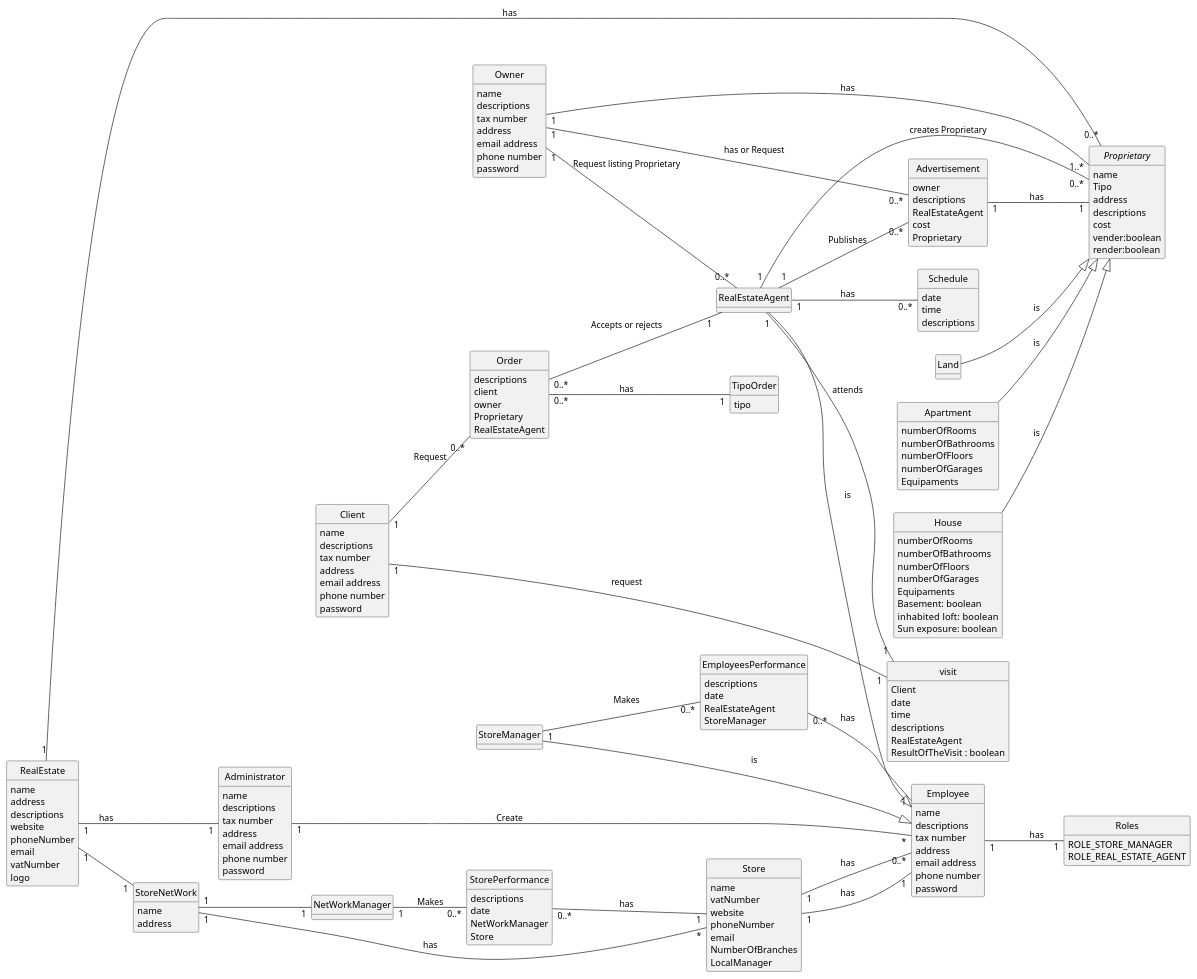
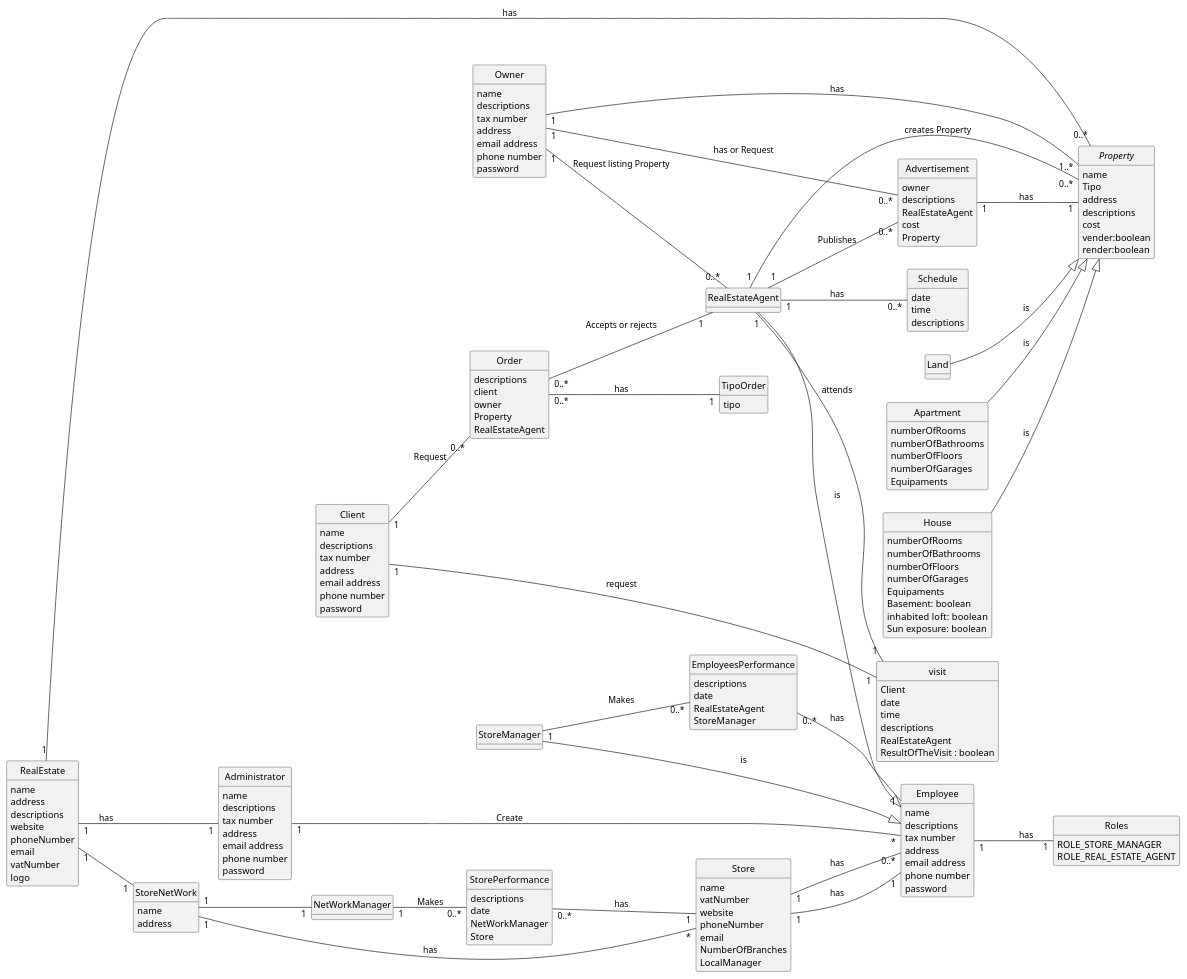
One commit to hugosilva2901/lei-22-s2-1DO-g68 changed the diagram in lei-22-s2-1do-g68/docs/SprintC/global-artifacts/02.analysis/puml/project-domain-model.puml. Above: the diagram before and after it, drawn with PlantUML. The commit also changed 28 other files, not shown here.

```diff
--- a/lei-22-s2-1do-g68/docs/SprintC/global-artifacts/02.analysis/puml/project-domain-model.puml
+++ b/lei-22-s2-1do-g68/docs/SprintC/global-artifacts/02.analysis/puml/project-domain-model.puml
@@ -1,199 +1,199 @@
 @startuml
 skinparam monochrome true
 skinparam packageStyle rectangle
 skinparam shadowing false
 'skinparam linetype ortho
 'left to right direction
 skinparam classAttributeIconSize 0
 hide circle
 hide methods
 left to right direction
 
 
 'title Domain Model
 
 'class Platform {
 '  -description
 '}
 
 class RealEstate {
     name
     address
     descriptions
     website
     phoneNumber
     email
     vatNumber
     logo
 }
 
 class Client {
     name
     descriptions
     tax number
     address
     email address
     phone number
     password
 }
 class Owner {
      name
      descriptions
      tax number
      address
      email address
      phone number
      password
 }
 
-abstract class Proprietary {
+abstract class Property {
     name
     Tipo
     address
     descriptions
     cost
     vender:boolean
     render:boolean
 }
 class Land{
 }
 
 class Apartment{
 numberOfRooms
 numberOfBathrooms
 numberOfFloors
 numberOfGarages
 Equipaments
 
 }
 class House{
 numberOfRooms
     numberOfBathrooms
     numberOfFloors
     numberOfGarages
     Equipaments
     Basement: boolean
     inhabited  loft: boolean
     Sun exposure: boolean
 
 }
 class Advertisement{
     owner
     descriptions
     RealEstateAgent
     cost
-    Proprietary
+    Property
 }
 class Schedule{
     date
     time
     descriptions
 }
 class visit{
     Client
     date
     time
     descriptions
     RealEstateAgent
     ResultOfTheVisit : boolean
 }
 class Order{
     descriptions
     client
     owner
-    Proprietary
+    Property
     RealEstateAgent
 }
 
 enum TipoOrder{
 tipo
 }
 class StoreNetWork{
 name
 address
 }
 class Store{
 name
 vatNumber
 website
 phoneNumber
 email
 NumberOfBranches
 LocalManager
 }
 
 class NetWorkManager{
 }
 class StorePerformance{
 descriptions
 date
 NetWorkManager
 Store
 }
 class Administrator{
     name
     descriptions
     tax number
     address
     email address
     phone number
     password
 }
 class EmployeesPerformance{
 descriptions
 date
 RealEstateAgent
 StoreManager
 }
 class  RealEstateAgent{
 }
 class StoreManager{
 }
 class Employee{
     name
     descriptions
     tax number
     address
     email address
     phone number
     password
 }
 enum Roles{
     ROLE_STORE_MANAGER
     ROLE_REAL_ESTATE_AGENT
 }
 
 RealEstateAgent --|> Employee : is
 StoreManager --|> Employee : is
 
 Employee "1"--"1" Roles : has
 RealEstate "1"--"1" StoreNetWork
 StoreNetWork "1"--"*" Store : has
 Store "1"--"1" Employee :has
 StoreNetWork "1"--"1" NetWorkManager
 
 Administrator "1"--"*" Employee : Create
-Advertisement "1"--"1" Proprietary : has
-House  --|>  Proprietary : is
-Apartment  --|>  Proprietary : is
-RealEstate "1"--"0..*" Proprietary : has
-Land  --|>  Proprietary : is
+Advertisement "1"--"1" Property : has
+House  --|>  Property : is
+Apartment  --|>  Property : is
+RealEstate "1"--"0..*" Property : has
+Land  --|>  Property : is
 Owner "1"--"0..*"Advertisement : has or Request
 RealEstateAgent "1"--"0..*"Advertisement : Publishes
 Client "1"--"1"visit : request
 RealEstateAgent "1"--"1"visit : attends
 RealEstateAgent "1"--"0..*"Schedule : has
 Order "0..*"--"1" TipoOrder : has
 Store "1"--"0..*" Employee : has
 Client "1"--"0..*" Order : Request
 Order "0..*"--"1" RealEstateAgent : Accepts or rejects
 StoreManager "1"--"0..*" EmployeesPerformance : Makes
 EmployeesPerformance "0..*"--"1" Employee : has
 RealEstate "1"--"1" Administrator : has
-Owner "1"--"1..*" Proprietary : has
+Owner "1"--"1..*" Property : has
 NetWorkManager "1"--"0..*" StorePerformance : Makes
 StorePerformance "0..*"--"1" Store : has
-Owner "1"--"0..*" RealEstateAgent : Request listing Proprietary
-RealEstateAgent "1"--"0..*" Proprietary : creates Proprietary
+Owner "1"--"0..*" RealEstateAgent : Request listing Property
+RealEstateAgent "1"--"0..*" Property : creates Property
 
 @enduml
```
